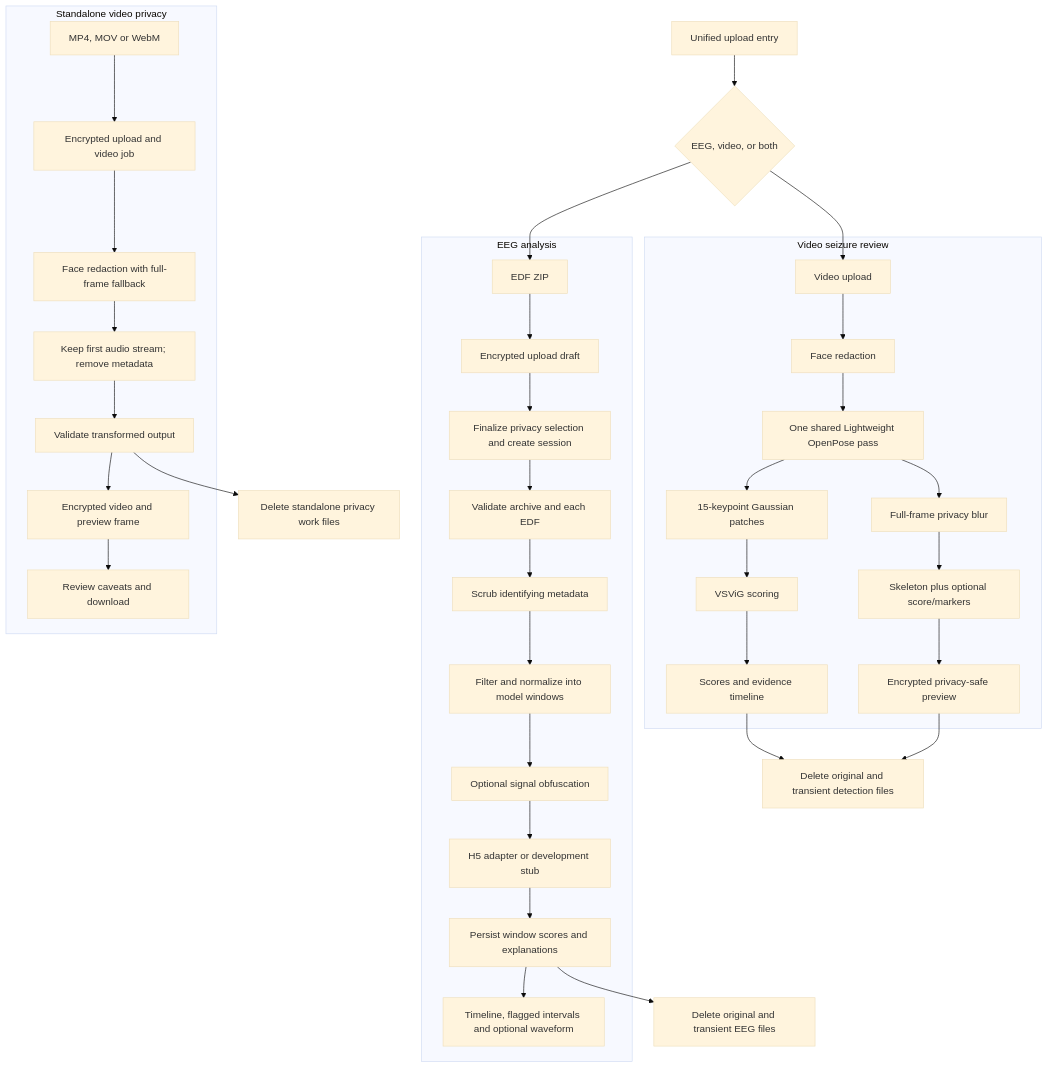
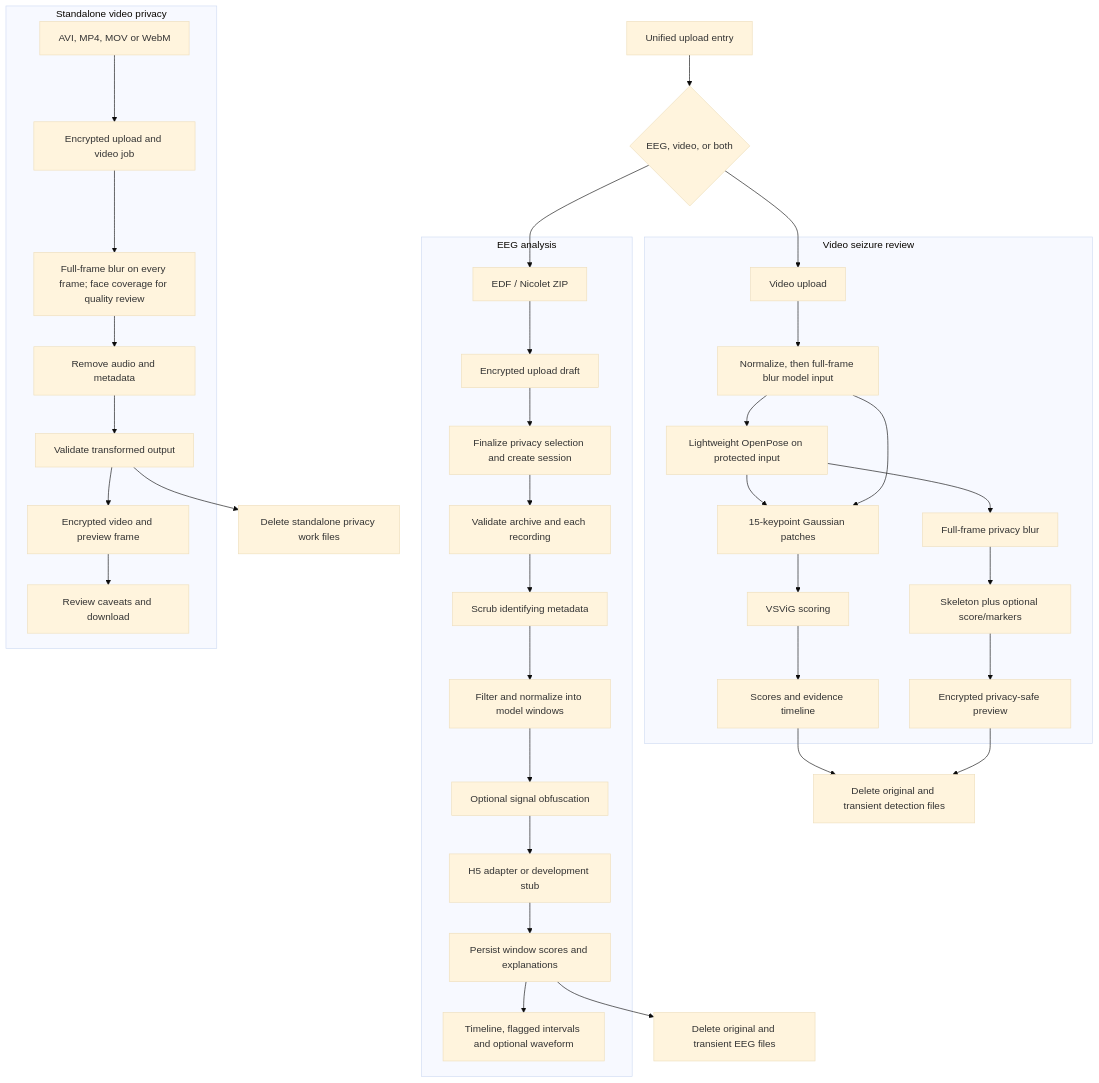
The third of 5 diagrams in docs/architecture.md (4ffaad/FYP-MDS01), drawn with Mermaid (base theme) before and after one commit. The commit also changed other lines of this file and 70 other files, not shown here.

````diff
--- a/docs/architecture.md
+++ b/docs/architecture.md
@@ -48,39 +49,40 @@
 ```mermaid
 flowchart TB
     UploadEntry[Unified upload entry] --> Choose{EEG, video, or both}
     subgraph EEG[EEG analysis]
-        ZIP[EDF ZIP] --> Draft[Encrypted upload draft]
+        ZIP[EDF / Nicolet ZIP] --> Draft[Encrypted upload draft]
         Draft --> Session[Finalize privacy selection and create session]
-        Session --> Validate[Validate archive and each EDF]
+        Session --> Validate[Validate archive and each recording]
         Validate --> Scrub[Scrub identifying metadata]
         Scrub --> Preprocess[Filter and normalize into model windows]
         Preprocess --> Privacy[Optional signal obfuscation]
         Privacy --> Inference[H5 adapter or development stub]
         Inference --> Scores[Persist window scores and explanations]
         Scores --> Review[Timeline, flagged intervals and optional waveform]
     end
     Choose --> ZIP
     subgraph Detection[Video seizure review]
-        DetectionUpload[Video upload] --> DetectionPrivacy[Face redaction]
-        DetectionPrivacy --> DetectionPose[One shared Lightweight OpenPose pass]
+        DetectionUpload[Video upload] --> DetectionPrivacy[Normalize, then full-frame blur model input]
+        DetectionPrivacy --> DetectionPose[Lightweight OpenPose on protected input]
         DetectionPose --> DetectionPatches[15-keypoint Gaussian patches]
+        DetectionPrivacy --> DetectionPatches
         DetectionPatches --> DetectionModel[VSViG scoring]
         DetectionModel --> DetectionReview[Scores and evidence timeline]
         DetectionPose --> DetectionMask[Full-frame privacy blur]
         DetectionMask --> DetectionOverlay[Skeleton plus optional score/markers]
         DetectionOverlay --> DetectionPreview[Encrypted privacy-safe preview]
     end
     Choose --> DetectionUpload
     subgraph Video[Standalone video privacy]
-        Upload[MP4, MOV or WebM] --> Job[Encrypted upload and video job]
-        Job --> Transform[Face redaction with full-frame fallback]
-        Transform --> Audio[Keep first audio stream; remove metadata]
+        Upload[AVI, MP4, MOV or WebM] --> Job[Encrypted upload and video job]
+        Job --> Transform[Full-frame blur on every frame; face coverage for quality review]
+        Transform --> Audio[Remove audio and metadata]
         Audio --> Check[Validate transformed output]
         Check --> Output[Encrypted video and preview frame]
         Output --> Download[Review caveats and download]
     end
     Scores --> Cleanup[Delete original and transient EEG files]
     DetectionReview --> VideoCleanup[Delete original and transient detection files]
     DetectionPreview --> VideoCleanup
     Check --> VideoPrivacyCleanup[Delete standalone privacy work files]
 ```
````
